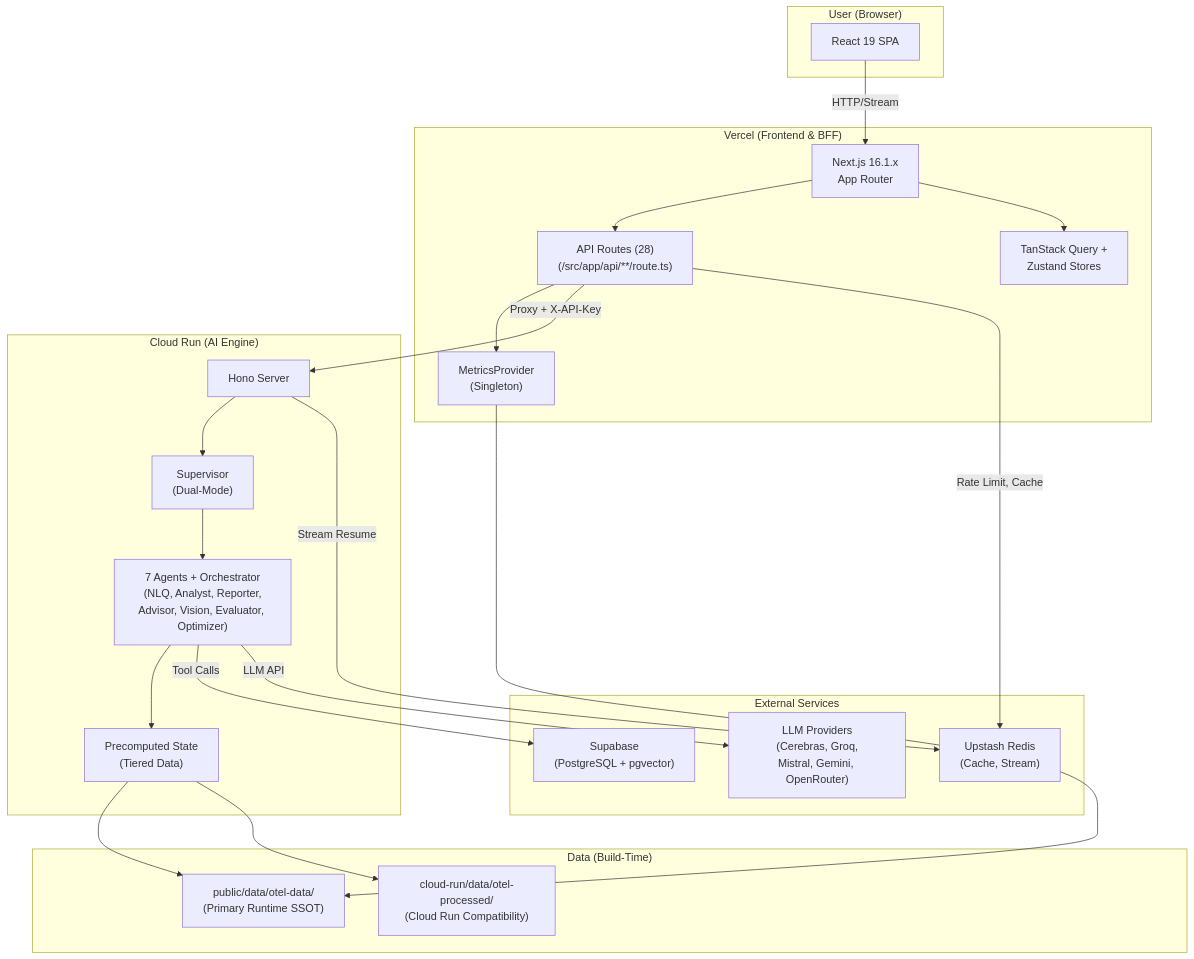
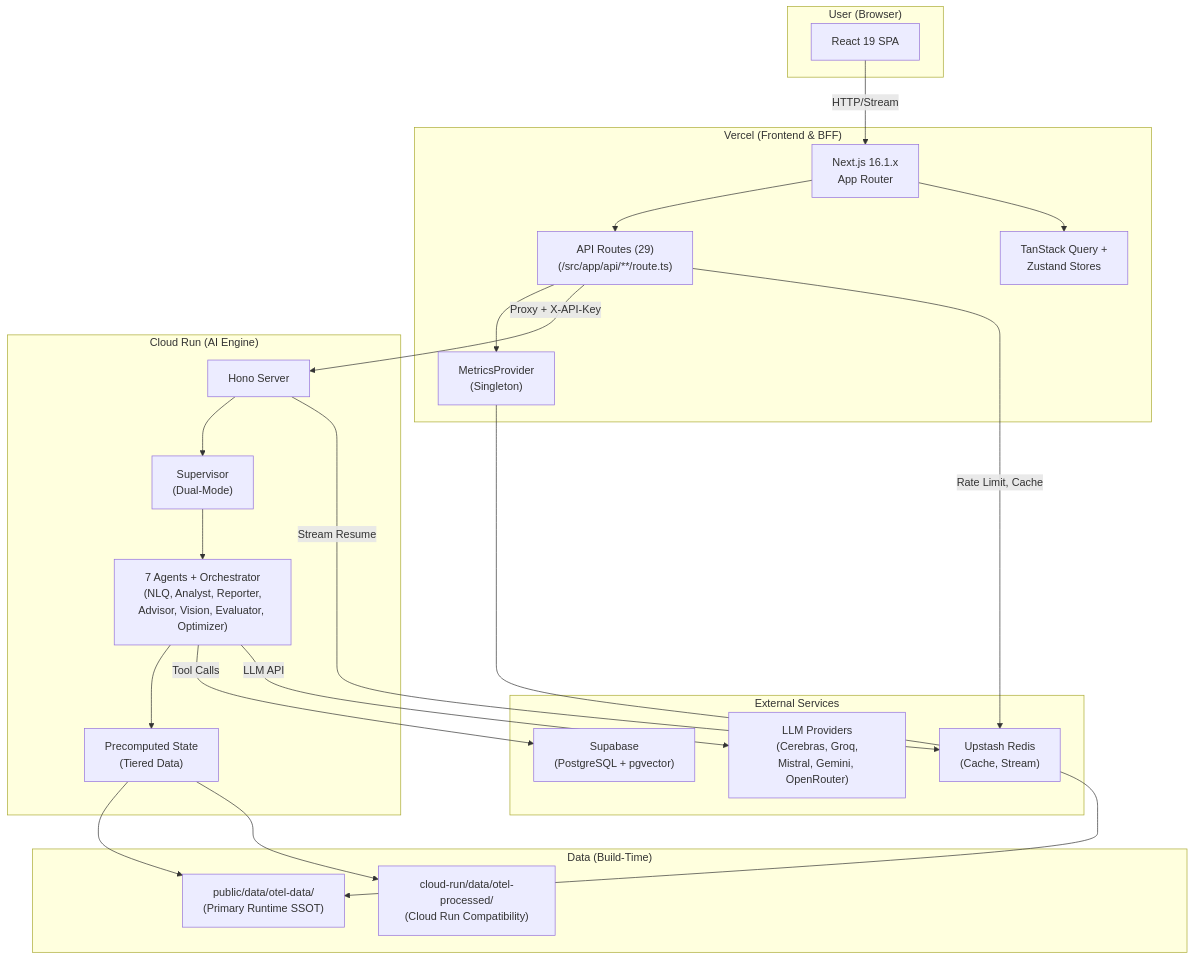
The diagram in docs/reference/architecture/system/system-architecture-current.md (skyasu2/openmanager-ai), drawn with Mermaid before and after one commit. The commit also changed other lines of this file and 1 other file, not shown here.

First line of the commit message:
docs(architecture): fix route count 28→29, stores count 4→2

````diff
--- a/docs/reference/architecture/system/system-architecture-current.md
+++ b/docs/reference/architecture/system/system-architecture-current.md
@@ -34,47 +34,47 @@
 ```mermaid
 graph TB
     subgraph User["User (Browser)"]
         UI[React 19 SPA]
     end
 
     subgraph Vercel["Vercel (Frontend & BFF)"]
         NextJS["Next.js 16.1.x<br/>App Router"]
-        API["API Routes (28)<br/>(/src/app/api/**/route.ts)"]
+        API["API Routes (29)<br/>(/src/app/api/**/route.ts)"]
         MP["MetricsProvider<br/>(Singleton)"]
         Providers["TanStack Query +<br/>Zustand Stores"]
     end
 
     subgraph CloudRun["Cloud Run (AI Engine)"]
         Hono["Hono Server"]
         Supervisor["Supervisor<br/>(Dual-Mode)"]
         Agents["7 Agents + Orchestrator<br/>(NLQ, Analyst, Reporter,<br/>Advisor, Vision, Evaluator, Optimizer)"]
         PreComp["Precomputed State<br/>(Tiered Data)"]
     end
 
     subgraph External["External Services"]
         Supabase["Supabase<br/>(PostgreSQL + pgvector)"]
         Redis["Upstash Redis<br/>(Cache, Stream)"]
         LLM["LLM Providers<br/>(Cerebras, Groq,<br/>Mistral, Gemini, OpenRouter)"]
     end
 
     subgraph Data["Data (Build-Time)"]
         OTel["public/data/otel-data/<br/>(Primary Runtime SSOT)"]
         Compat["cloud-run/data/otel-processed/<br/>(Cloud Run Compatibility)"]
     end
 
     UI -->|HTTP/Stream| NextJS
     NextJS --> API
     API --> MP
     MP --> OTel
     API -->|Proxy + X-API-Key| Hono
     Hono --> Supervisor
     Supervisor --> Agents
     Agents --> PreComp
     PreComp --> OTel
     PreComp --> Compat
     Agents -->|Tool Calls| Supabase
     Agents -->|LLM API| LLM
     API -->|Rate Limit, Cache| Redis
     Hono -->|Stream Resume| Redis
     NextJS --> Providers
 ```
````
